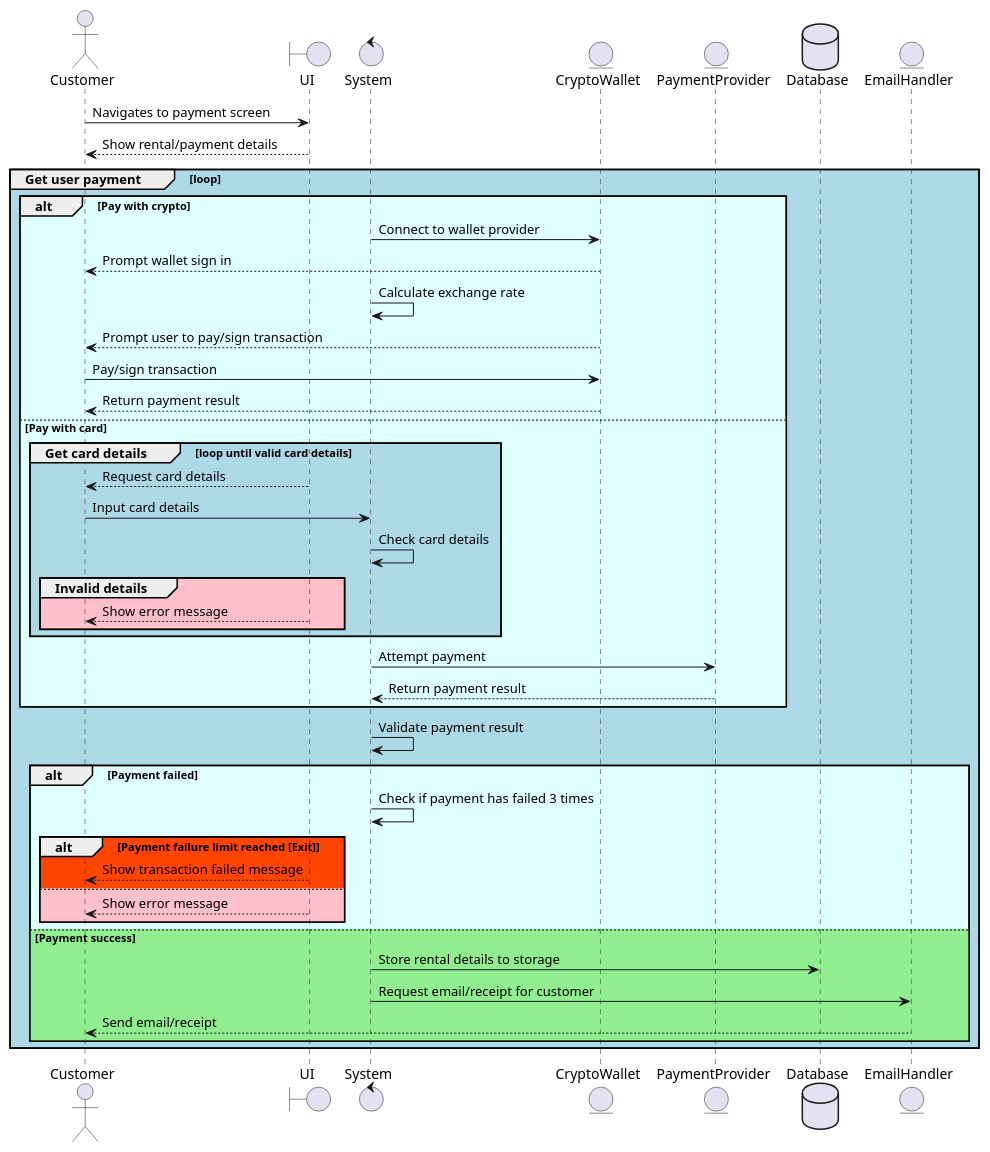
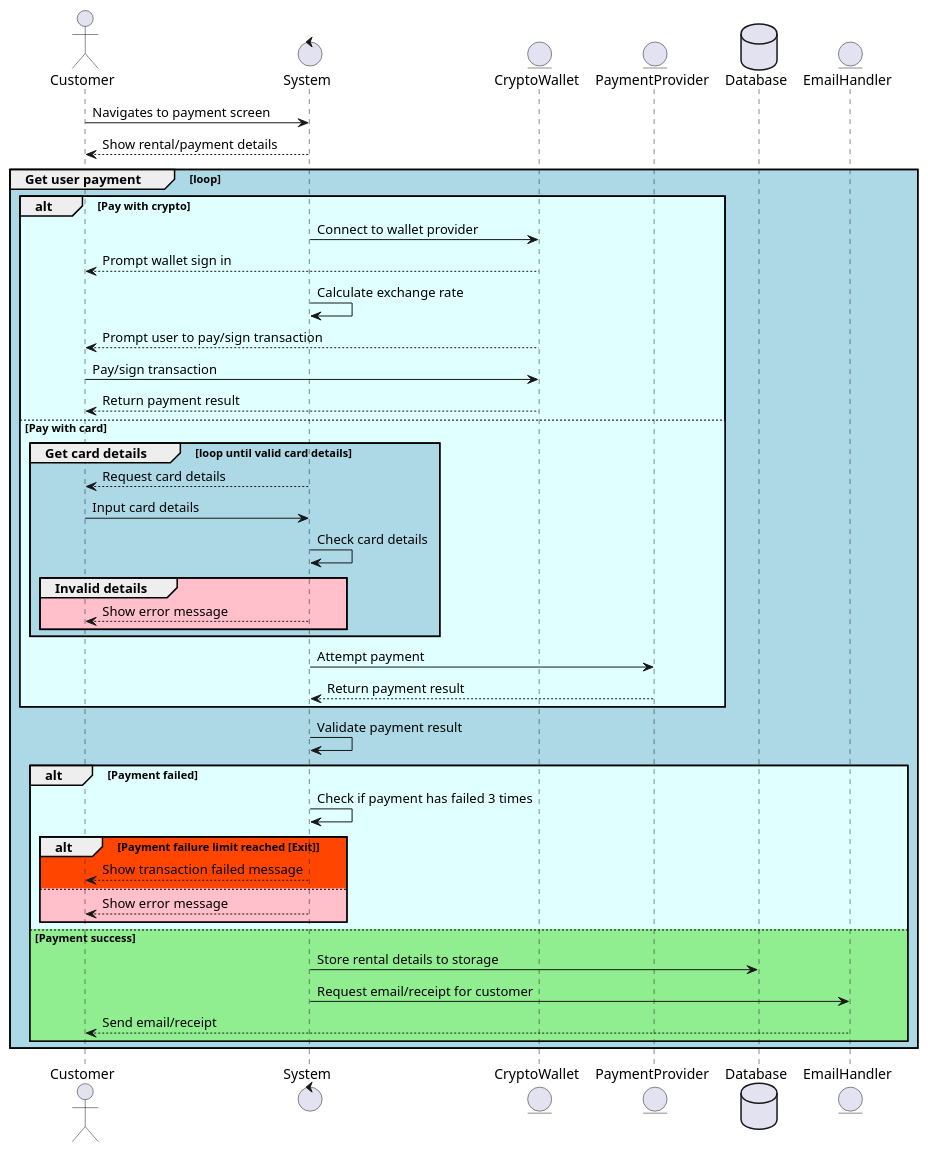
The diagram in diagrams/sequence/Sequence2.puml (OMBowkerBBC/DC4600-Assignment1), drawn with PlantUML before and after one commit. The commit also changed 5 other files, not shown here.

Commit message:
addded new activity diagrams and slight changes

```diff
--- a/diagrams/sequence/Sequence2.puml
+++ b/diagrams/sequence/Sequence2.puml
@@ -1,51 +1,50 @@
 @startuml
 actor Customer as cus
-boundary UI as ui
 control System as sys
 entity CryptoWallet as wallet
 entity PaymentProvider as payment
 database Database as db
 entity EmailHandler as email
 
-cus -> ui : Navigates to payment screen
-cus <-- ui : Show rental/payment details
+cus -> sys : Navigates to payment screen
+cus <-- sys : Show rental/payment details
 
 group #LightBlue Get user payment [loop]
   alt #LightCyan Pay with crypto
     sys -> wallet : Connect to wallet provider
     cus <-- wallet : Prompt wallet sign in
     sys -> sys : Calculate exchange rate
     cus <-- wallet : Prompt user to pay/sign transaction
     cus -> wallet : Pay/sign transaction
     cus <-- wallet : Return payment result
   else Pay with card
     group #LightBlue Get card details [loop until valid card details]
-      cus <-- ui : Request card details
+      cus <-- sys : Request card details
       cus -> sys : Input card details
       sys -> sys : Check card details
       group #Pink Invalid details
-        cus <-- ui : Show error message
+        cus <-- sys : Show error message
       end
     end
 
     sys -> payment : Attempt payment
     sys <-- payment : Return payment result
   end
 
   sys -> sys : Validate payment result
 
   alt #LightCyan Payment failed
     sys -> sys : Check if payment has failed 3 times
     alt #OrangeRed Payment failure limit reached [Exit] 
-      cus <-- ui : Show transaction failed message 
+      cus <-- sys : Show transaction failed message 
     else #Pink
-      cus <-- ui : Show error message
+      cus <-- sys : Show error message
     end
 
   else #LightGreen Payment success
     sys -> db : Store rental details to storage
     sys -> email : Request email/receipt for customer
     cus <-- email : Send email/receipt
   end
 end
 @enduml
```
